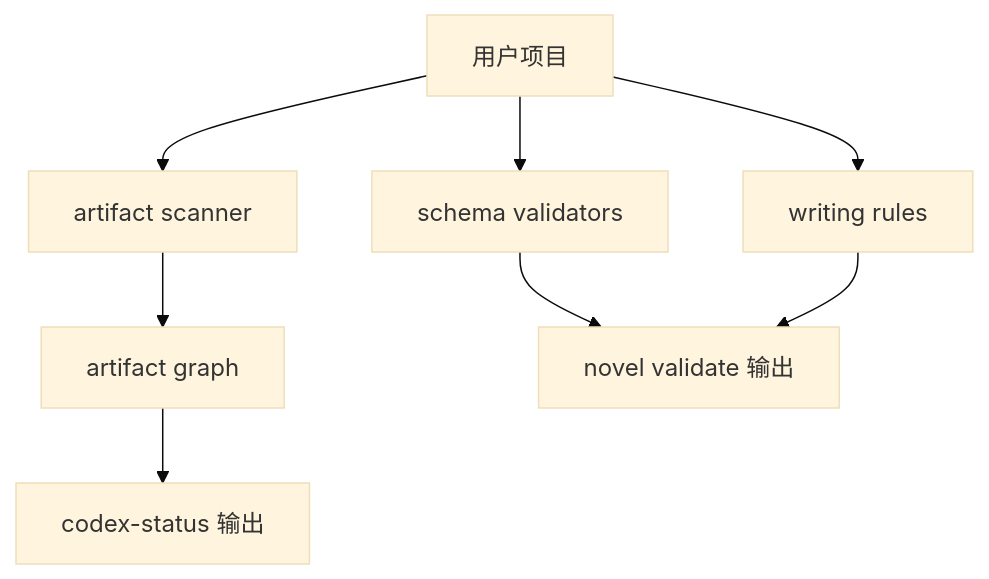
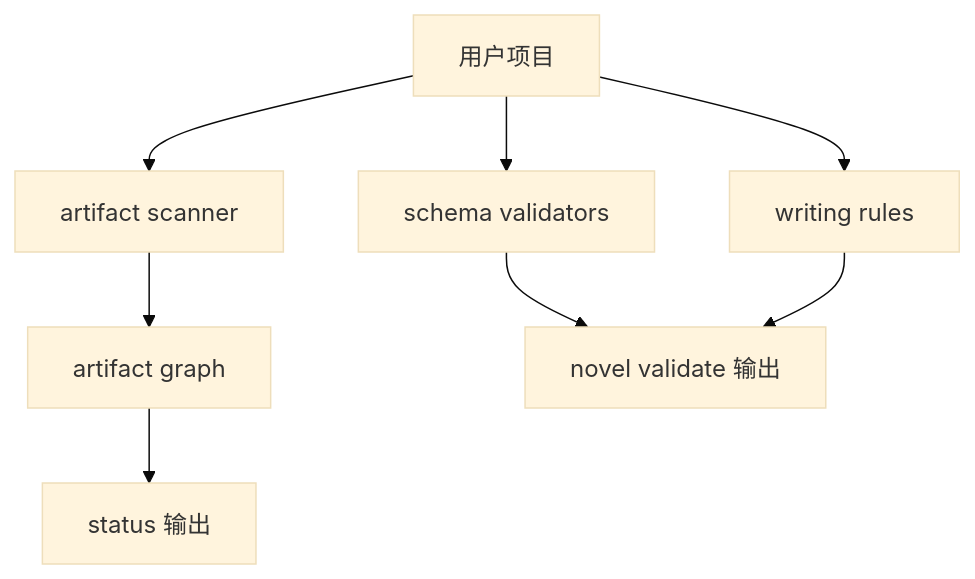
Before and after one commit to WENZIZZHENG/story-spec: the fourth of 5 diagrams in docs/tech/architecture.md, drawn with Mermaid (base theme). The commit also changed other lines of this file and 13 other files, not shown here.

````diff
--- a/docs/tech/architecture.md
+++ b/docs/tech/architecture.md
@@ -87,10 +87,10 @@
 ```mermaid
 flowchart TB
   Project["用户项目"] --> Scanner["artifact scanner"]
   Scanner --> Graph["artifact graph"]
   Project --> Schema["schema validators"]
   Project --> Rules["writing rules"]
-  Graph --> Status["codex-status 输出"]
+  Graph --> Status["status 输出"]
   Schema --> Validate["novel validate 输出"]
   Rules --> Validate
 ```
````
